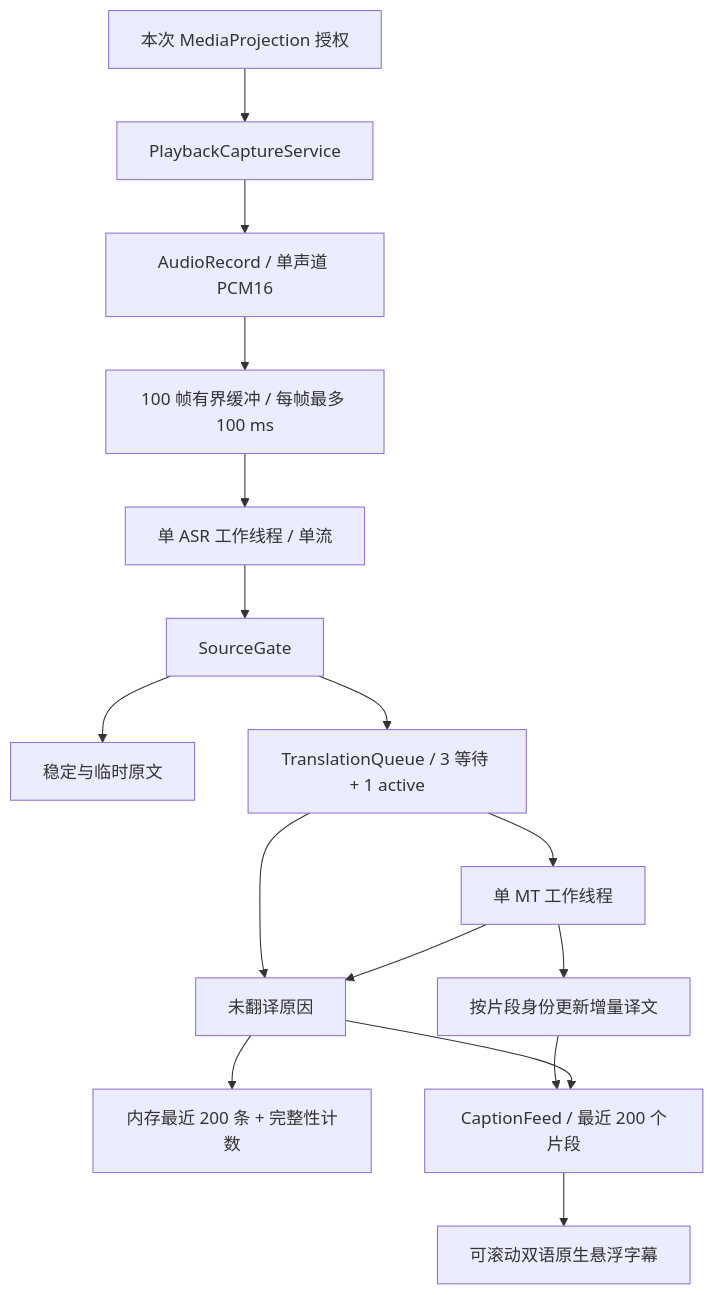
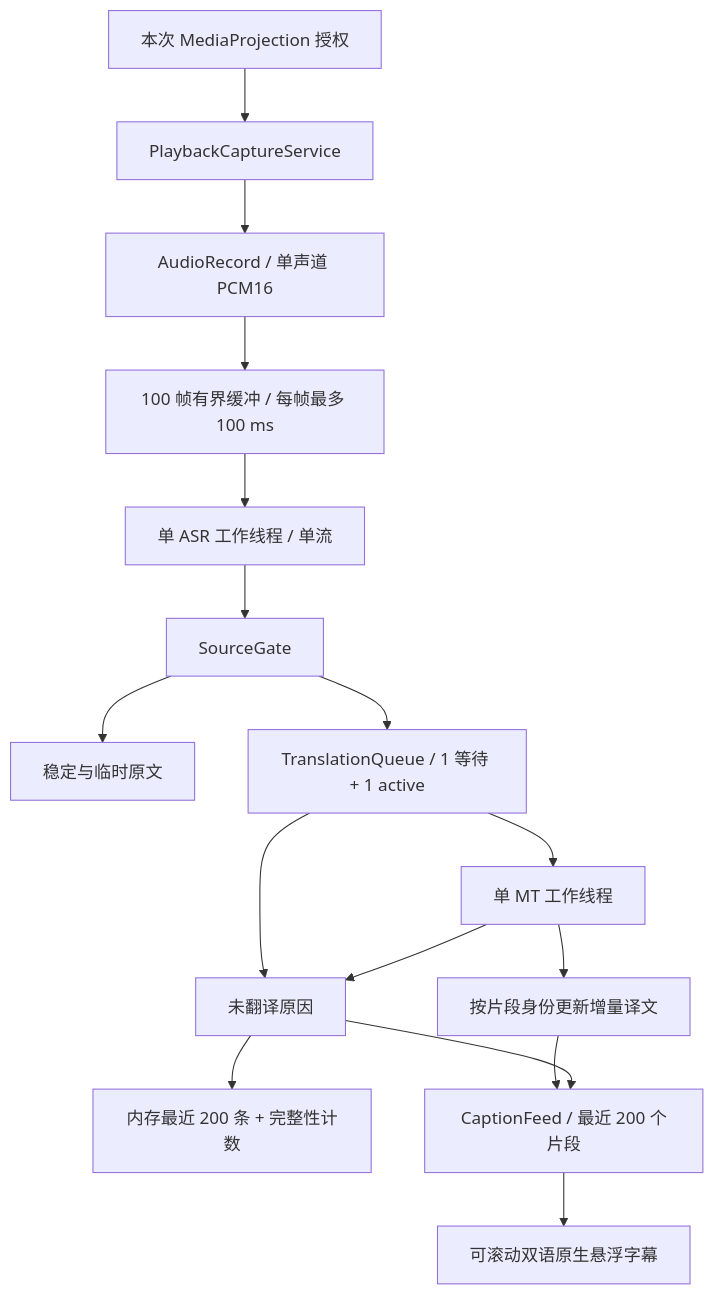
One commit to CodeBoy2006/CaptionGlass changed the second of 2 diagrams in docs/architecture.md. Above: the diagram before and after it, drawn with Mermaid. The commit also changed other lines of this file and 12 other files, not shown here.

````diff
--- a/docs/architecture.md
+++ b/docs/architecture.md
@@ -28,18 +28,18 @@
 ```mermaid
 flowchart TD
     consent[本次 MediaProjection 授权] --> service[PlaybackCaptureService]
     service --> audio[AudioRecord / 单声道 PCM16]
     audio --> buffer[100 帧有界缓冲 / 每帧最多 100 ms]
     buffer --> asr[单 ASR 工作线程 / 单流]
     asr --> gate[SourceGate]
     gate --> source[稳定与临时原文]
-    gate --> queue[TranslationQueue / 3 等待 + 1 active]
+    gate --> queue[TranslationQueue / 1 等待 + 1 active]
     queue --> mt[单 MT 工作线程]
     queue --> outcome[未翻译原因]
     mt --> outcome
     outcome --> history[内存最近 200 条 + 完整性计数]
     mt --> preview[按片段身份更新增量译文]
     preview --> feed[CaptionFeed / 最近 200 个片段]
     outcome --> feed
     feed --> overlay[可滚动双语原生悬浮字幕]
 ```
````
